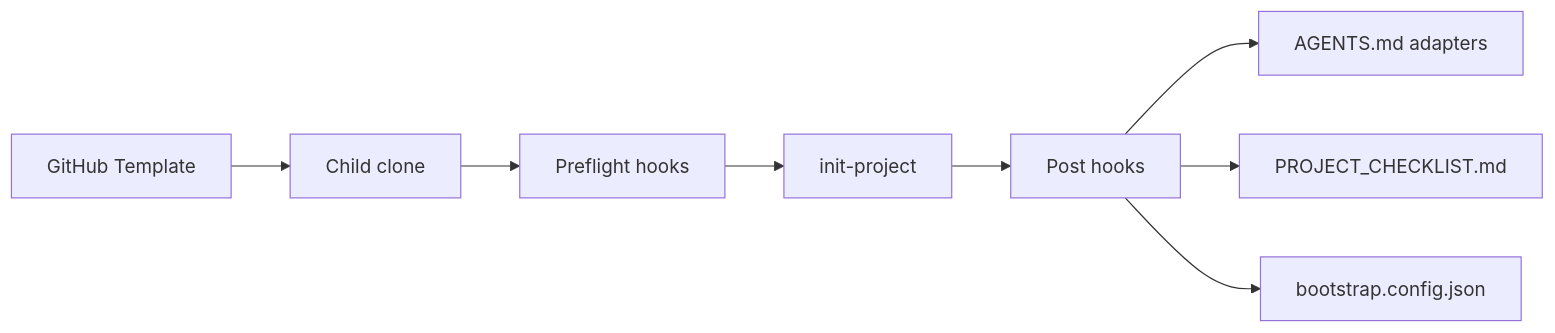
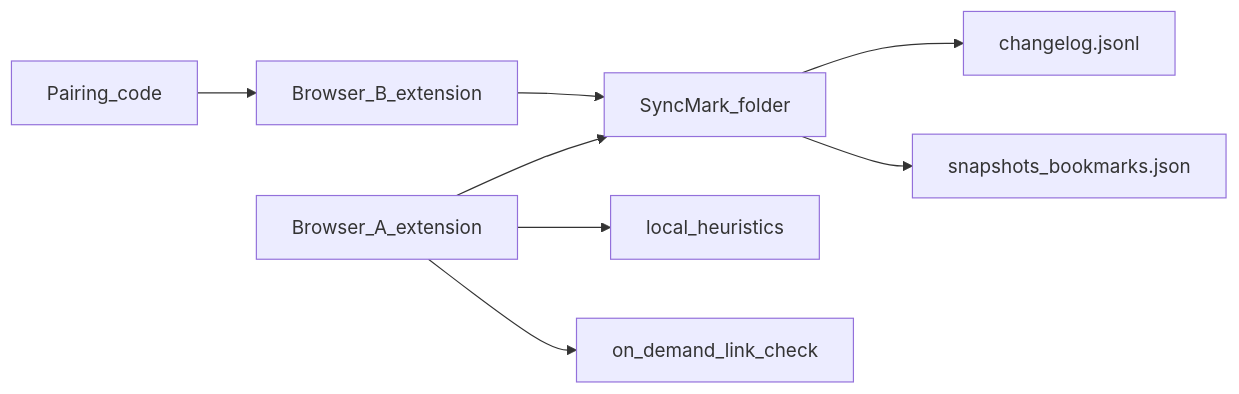
The diagram in docs/spec.md (edwardlthompson/SyncMark), drawn with Mermaid before and after one commit. The commit also changed other lines of this file and 277 other files, not shown here.

First line of the commit message:
feat: bootstrap SyncMark and ship MVP browser extension

````diff
--- a/docs/spec.md
+++ b/docs/spec.md
@@ -34,10 +74,10 @@
 ```mermaid
 flowchart LR
-  Template[GitHub Template] --> Clone[Child clone]
-  Clone --> Pre[Preflight hooks]
-  Pre --> Init[init-project]
-  Init --> Post[Post hooks]
-  Post --> Agents[AGENTS.md adapters]
-  Post --> Check[PROJECT_CHECKLIST.md]
-  Post --> Manifest[bootstrap.config.json]
+  ExtA[Browser_A_extension] --> Folder[SyncMark_folder]
+  ExtB[Browser_B_extension] --> Folder
+  Pair[Pairing_code] --> ExtB
+  Folder --> Log[changelog.jsonl]
+  Folder --> Snap[snapshots_bookmarks.json]
+  ExtA --> Suggest[local_heuristics]
+  ExtA --> Dead[on_demand_link_check]
 ```
````
